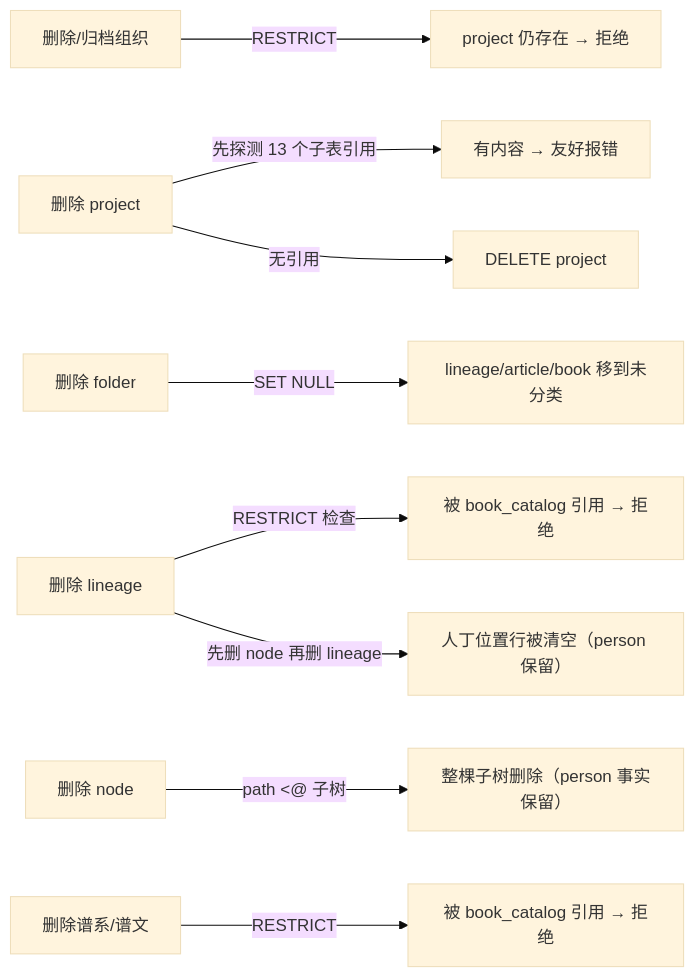
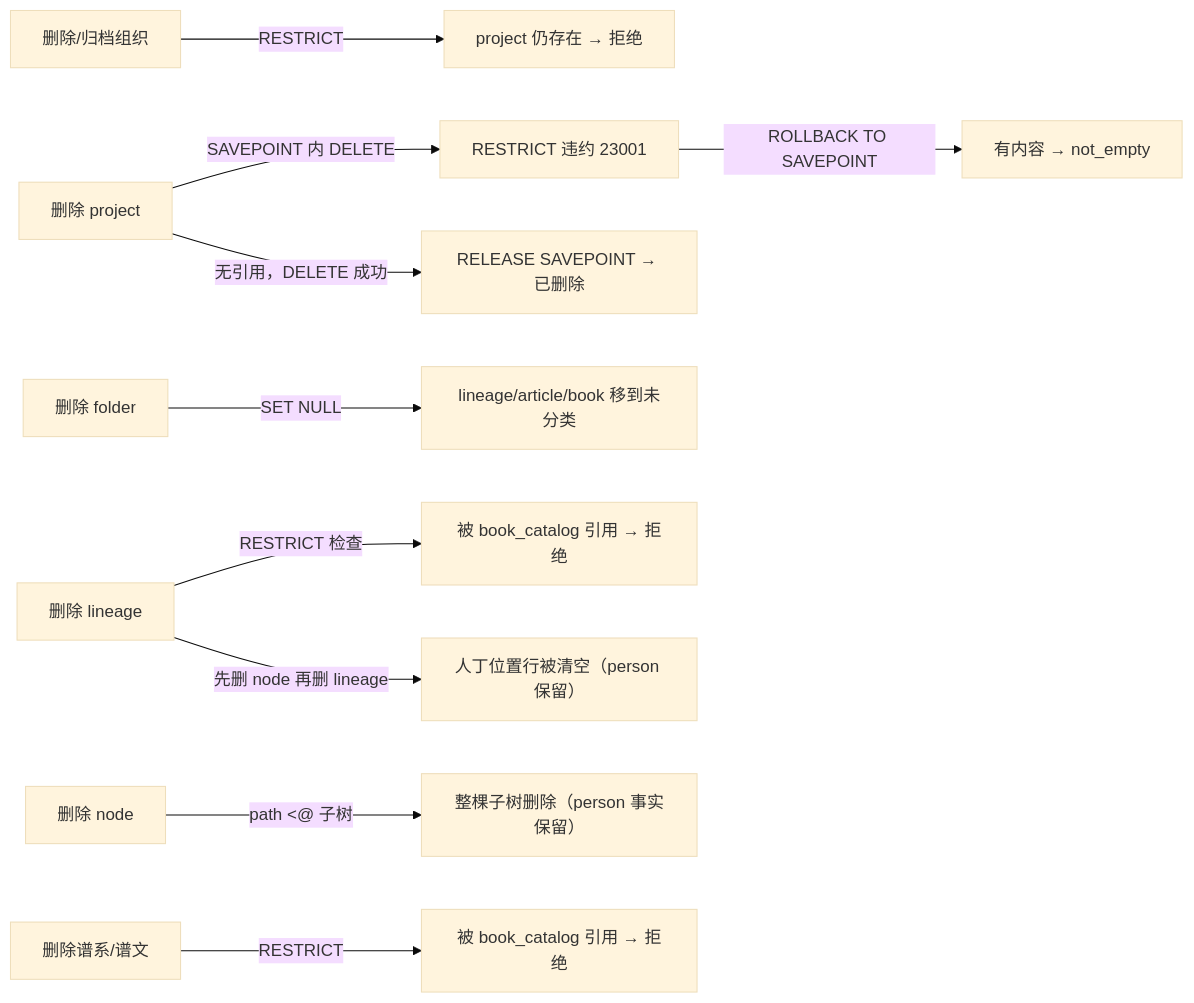
Before and after one commit to bobo522487/gramps: the second of 2 diagrams in docs/data-model.md, drawn with Mermaid (base theme). The commit also changed other lines of this file and 9 other files, not shown here.

Commit message:
refactor(project): 用 SAVEPOINT 替代手工约束清单

````diff
--- a/docs/data-model.md
+++ b/docs/data-model.md
@@ -193,11 +193,12 @@
 ```mermaid
 flowchart LR
   DelOrg["删除/归档组织"] -->|"RESTRICT"| Proj["project 仍存在 → 拒绝"]
-  DelProj["删除 project"] -->|"先探测 13 个子表引用"| Children["有内容 → 友好报错"]
-  DelProj -->|"无引用"| Delete["DELETE project"]
+  DelProj["删除 project"] -->|"SAVEPOINT 内 DELETE"| Fk["RESTRICT 违约 23001"]
+  Fk -->|"ROLLBACK TO SAVEPOINT"| Children["有内容 → not_empty"]
+  DelProj -->|"无引用，DELETE 成功"| Delete["RELEASE SAVEPOINT → 已删除"]
   DelFolder["删除 folder"] -->|"SET NULL"| Content["lineage/article/book 移到未分类"]
   DelLineage["删除 lineage"] -->|"RESTRICT 检查"| CatalogRef["被 book_catalog 引用 → 拒绝"]
   DelLineage -->|"先删 node 再删 lineage"| NodesGone["人丁位置行被清空（person 保留）"]
   DelNode["删除 node"] -->|"path <@ 子树"| Subtree["整棵子树删除（person 事实保留）"]
   DelSeries["删除谱系/谱文"] -->|"RESTRICT"| Catalog["被 book_catalog 引用 → 拒绝"]
 ```
````
